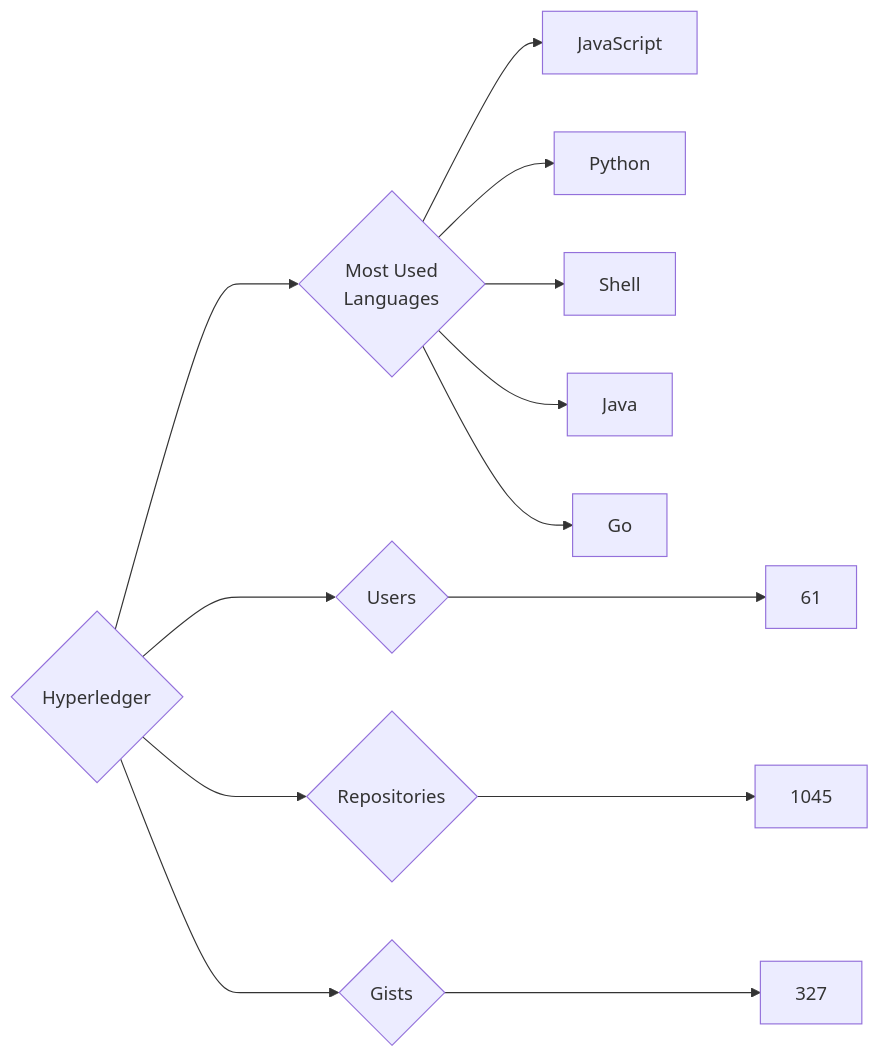
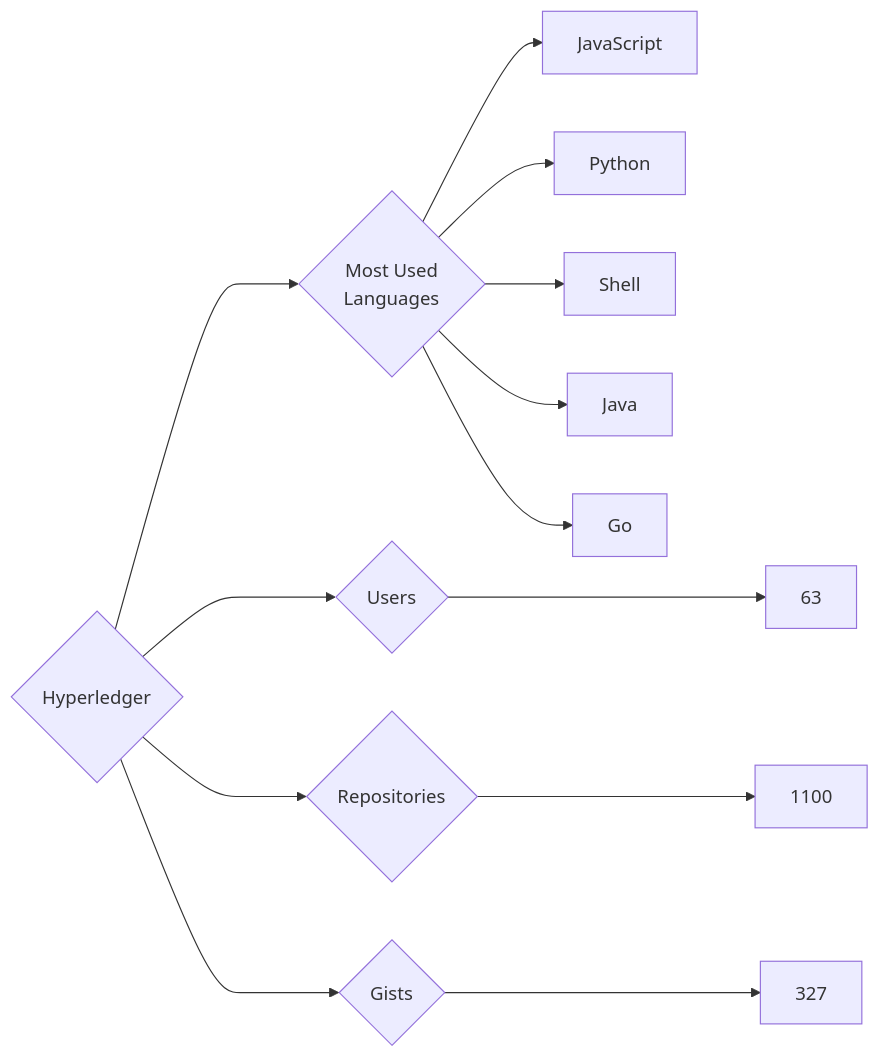
The diagram in targets/Hyperledger/README.md (trickest/insiders), drawn with Mermaid before and after one commit. The commit also changed 736 other files, not shown here.

````diff
--- a/targets/Hyperledger/README.md
+++ b/targets/Hyperledger/README.md
@@ -3,13 +3,13 @@
 ```mermaid
 graph LR
 COMPANY_NAME{Hyperledger}
-COMPANY_NAME ---> U{Users} ---> UN[61]
-COMPANY_NAME ---> R{Repositories} ---> RN[1045]
+COMPANY_NAME ---> U{Users} ---> UN[63]
+COMPANY_NAME ---> R{Repositories} ---> RN[1100]
 COMPANY_NAME ---> G{Gists} ---> GN[327]
 COMPANY_NAME ---> ML{Most Used<br>Languages}
 ML --> JavaScript[JavaScript]
 ML --> Python[Python]
 ML --> Shell[Shell]
 ML --> Java[Java]
 ML --> Go[Go]
 ```
````
